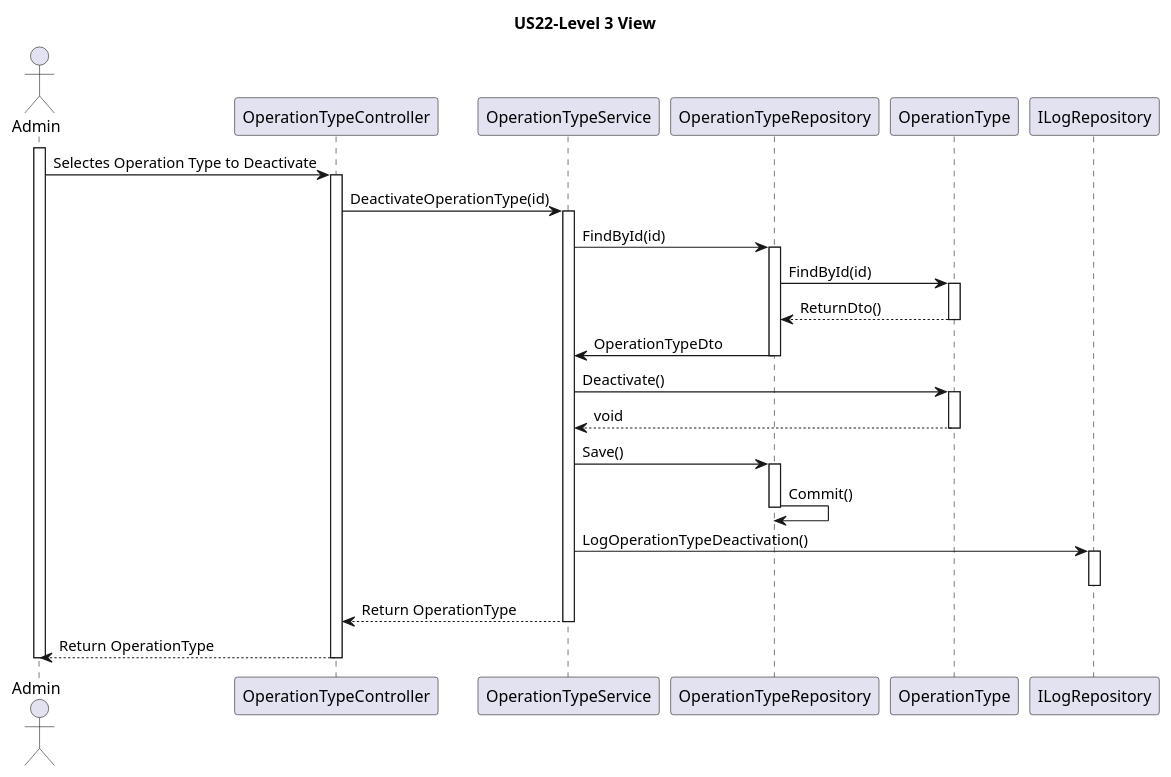
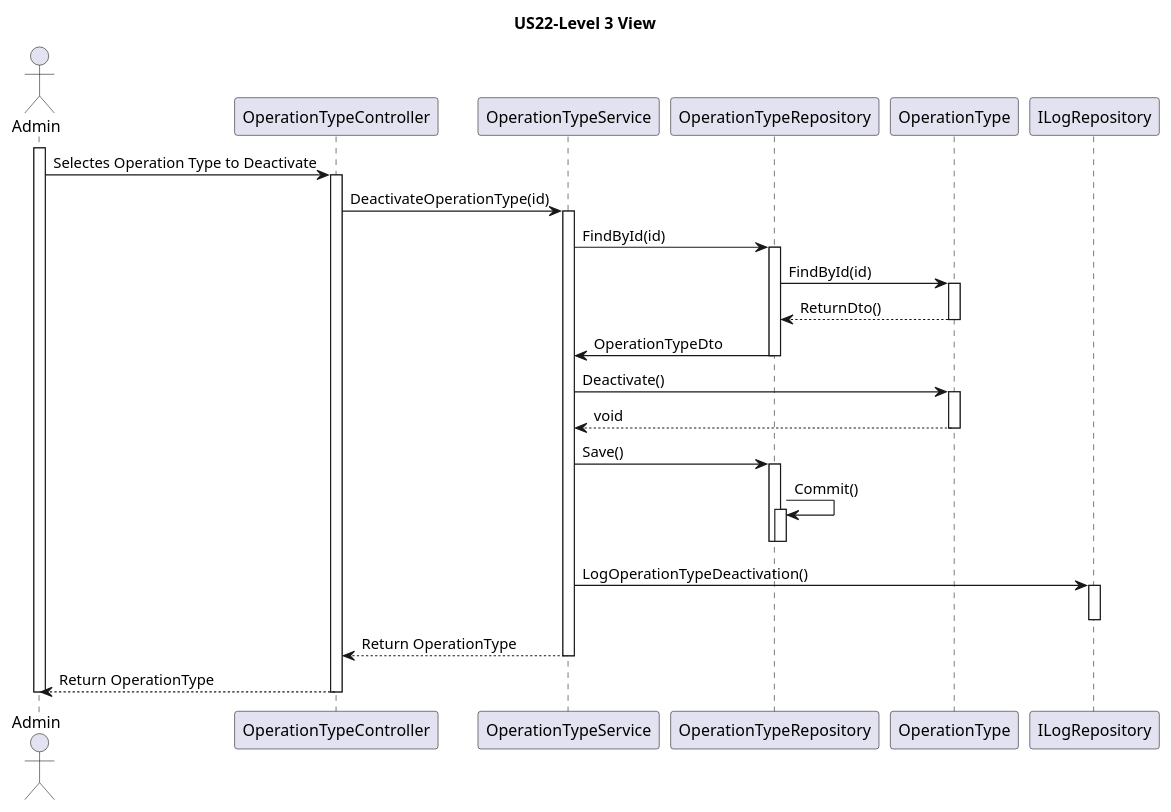
Before and after one commit to andredsferreira/p5sem-3dj-g59: the diagram in docs/membros/1221276/US22-Level-3-View.puml, drawn with PlantUML. The commit also changed 3 other files, not shown here.

```diff
--- a/docs/membros/1221276/US22-Level-3-View.puml
+++ b/docs/membros/1221276/US22-Level-3-View.puml
@@ -1,58 +1,54 @@
 @startuml
 
 
 ' As an Admin, I want to remove obsolete or no longer performed operation types, so that the system stays current with hospital practices.
 '
 ' Acceptance Criteria:
 '
 ' Admins can search for and mark operation types as inactive (rather than deleting them) to preserve historical records.
 ' Inactive operation types are no longer available for future scheduling but remain in historical data.
 ' A confirmation prompt is shown before deactivating an operation type.
 
 
 title US22-Level 3 View
 
 actor Admin as A
 participant OperationTypeController as obc
 participant OperationTypeService as obs
 participant OperationTypeRepository as obr
 participant OperationType as ob
 participant ILogRepository as ilr
 
 activate A
 A -> obc : Selectes Operation Type to Deactivate
 activate obc
 obc -> obs : DeactivateOperationType(id)
 activate obs
 obs -> obr : FindById(id)
 activate obr
 obr -> ob : FindById(id)
 activate ob
 ob --> obr : ReturnDto()
 deactivate ob
 obr -> obs : OperationTypeDto
 deactivate obr
 obs -> ob : Deactivate()
 activate ob
 ob --> obs : void
 deactivate ob
 obs -> obr : Save()
 activate obr
 obr -> obr : Commit()
+activate obr
+deactivate obr
 deactivate obr
 obs -> ilr : LogOperationTypeDeactivation()
 activate ilr
 deactivate ilr
 obs --> obc : Return OperationType
 deactivate obs
 obc --> A : Return OperationType
 deactivate obc
 deactivate A
 
-
-
-
-
-
-
 @enduml
```
